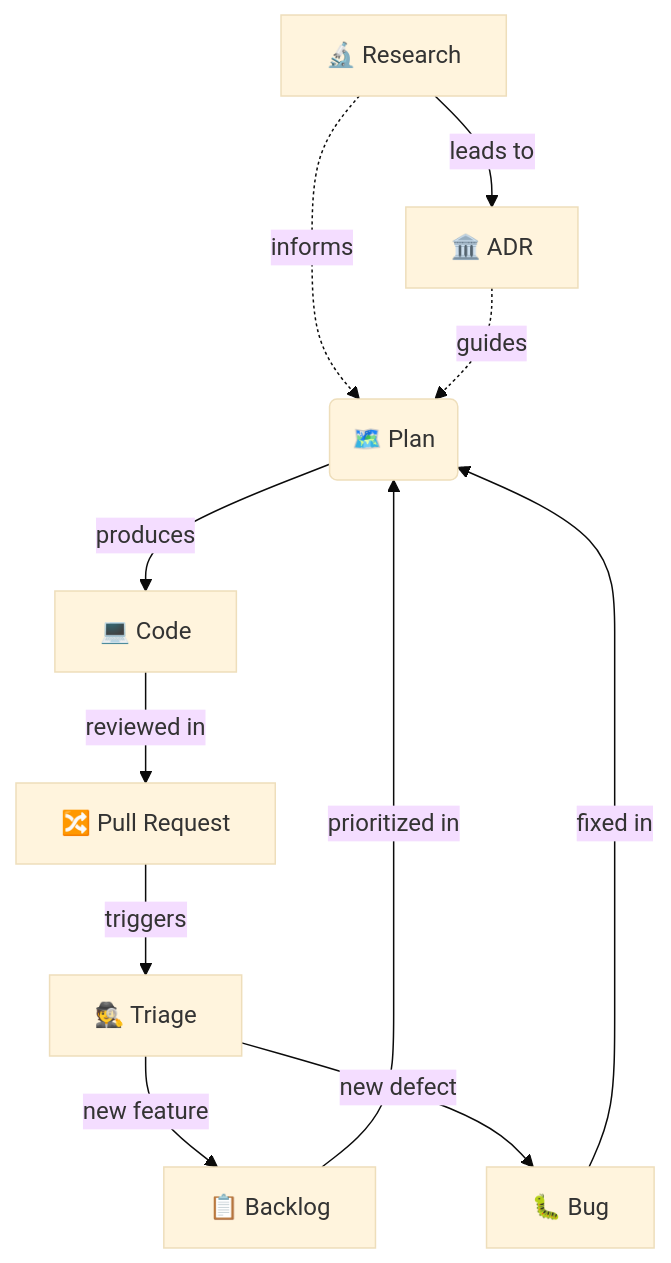
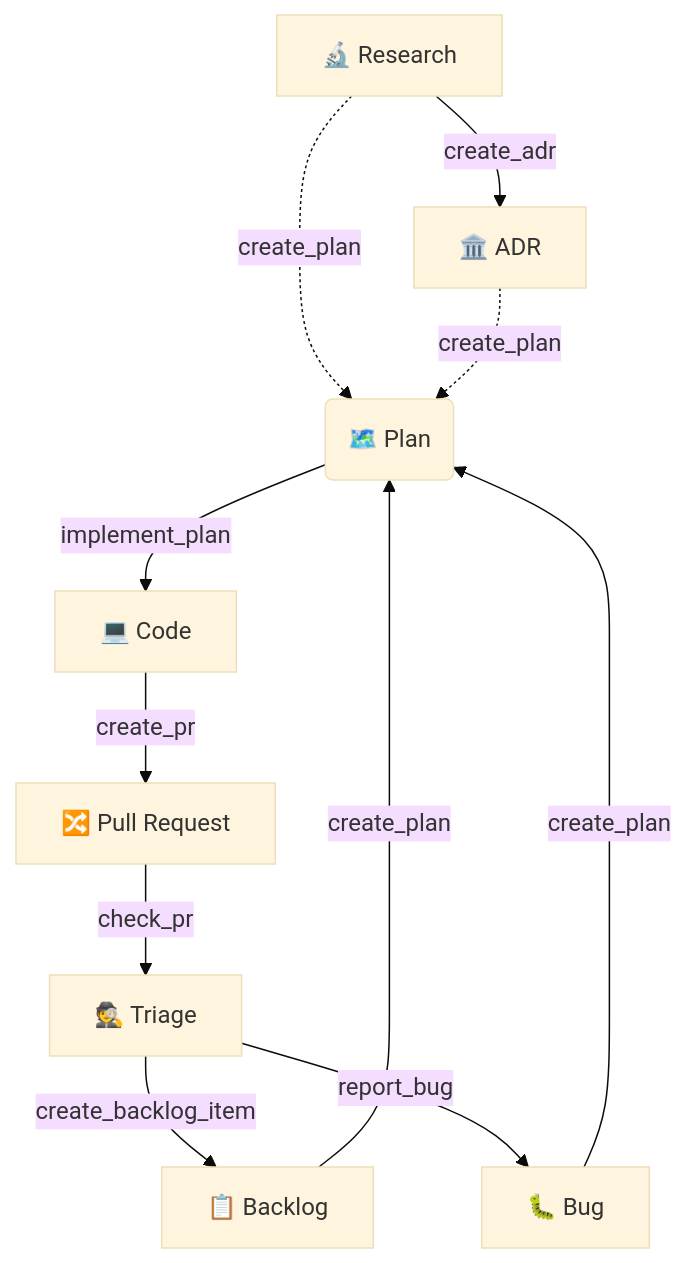
One commit to NunoMoura/dev_ops changed the diagram in README.md. Above: the diagram before and after it, drawn with Mermaid (base theme). The commit also changed 32 other files, not shown here.

````diff
--- a/README.md
+++ b/README.md
@@ -32,23 +32,23 @@
 ```mermaid
 flowchart TD
     %% Central Hub
     Plan("🗺️ Plan")
 
     %% Context & Strategy (Fluid Inputs)
-    Research["🔬 Research"] -.-> |informs| Plan
-    ADR["🏛️ ADR"] -.-> |guides| Plan
-    Research --> |leads to| ADR
+    Research["🔬 Research"] -.-> |create_plan| Plan
+    ADR["🏛️ ADR"] -.-> |create_plan| Plan
+    Research --> |create_adr| ADR
 
     %% Work inputs
-    Backlog["📋 Backlog"] --> |prioritized in| Plan
-    Bug["🐛 Bug"] --> |fixed in| Plan
+    Backlog["📋 Backlog"] --> |create_plan| Plan
+    Bug["🐛 Bug"] --> |create_plan| Plan
 
     %% Execution Output
-    Plan --> |produces| Code["💻 Code"]
-    Code --> |reviewed in| PR["🔀 Pull Request"]
+    Plan --> |implement_plan| Code["💻 Code"]
+    Code --> |create_pr| PR["🔀 Pull Request"]
 
     %% Continuous Feedback
-    PR --> |triggers| Triage["🕵️ Triage"]
-    Triage --> |new feature| Backlog
-    Triage --> |new defect| Bug
+    PR --> |check_pr| Triage["🕵️ Triage"]
+    Triage --> |create_backlog_item| Backlog
+    Triage --> |report_bug| Bug
 ```
````
